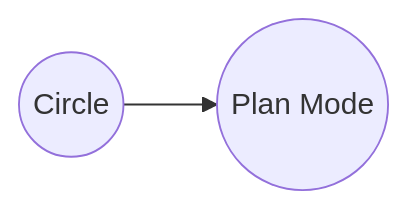
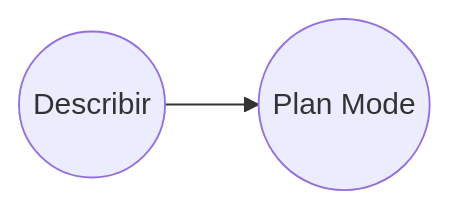
The diagram in OpenCode/SpecDrivenDevelopment.md (sramire3000/documentacion), drawn with Mermaid before and after one commit.

Commit message:
Update flowchart description from 'Circle' to 'Describir'

````diff
--- a/OpenCode/SpecDrivenDevelopment.md
+++ b/OpenCode/SpecDrivenDevelopment.md
@@ -4,4 +4,4 @@
 ```mermaid
 graph LR
-A((Circle)) --> B((Plan Mode))
+A((Describir)) --> B((Plan Mode))
 ```
````
